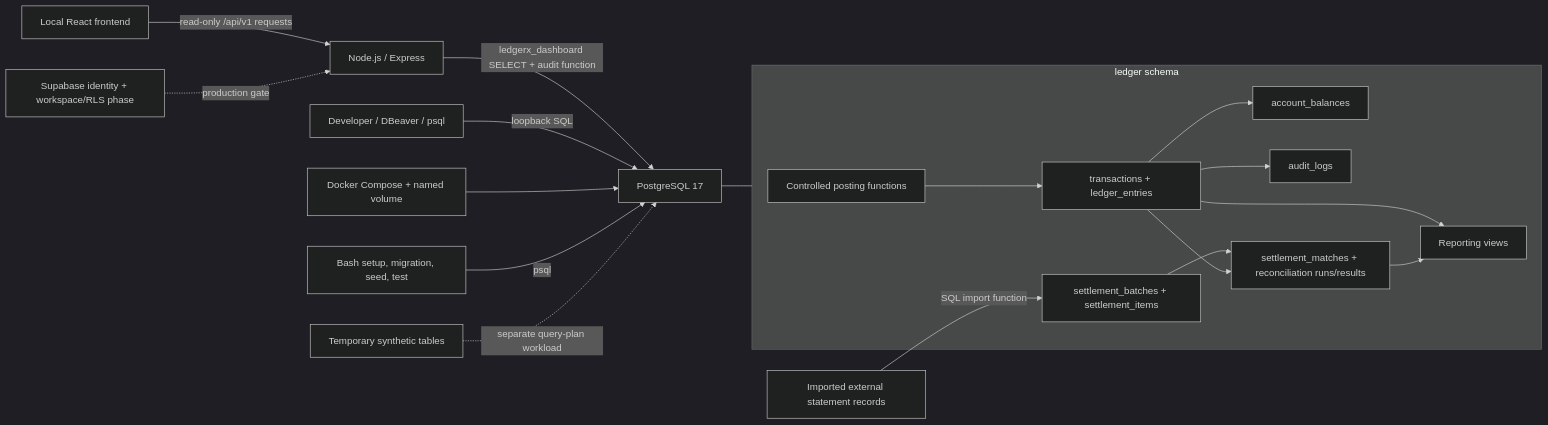
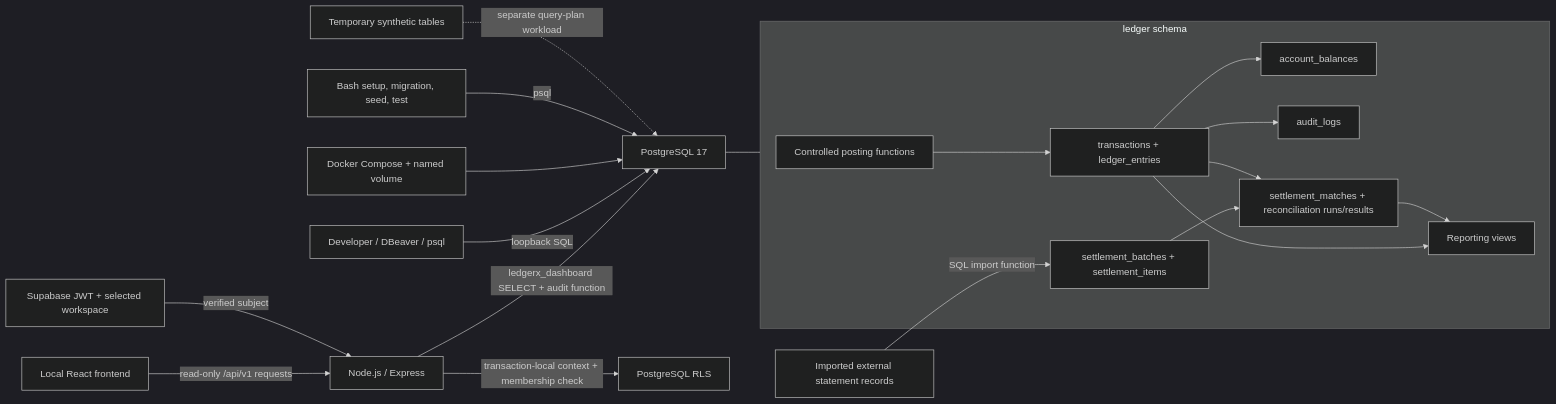
Before and after one commit to TheLucifer-07/LEDGERX: the diagram in docs/system-architecture.md, drawn with Mermaid (dark theme). The commit also changed other lines of this file and 78 other files, not shown here.

````diff
--- a/docs/system-architecture.md
+++ b/docs/system-architecture.md
@@ -5,29 +5,30 @@
 ```mermaid
 flowchart LR
     Browser[Local React frontend] -->|read-only /api/v1 requests| API[Node.js / Express]
     API -->|ledgerx_dashboard SELECT + audit function| DB[PostgreSQL 17]
     Operator[Developer / DBeaver / psql] -->|loopback SQL| DB
     Compose[Docker Compose + named volume] --> DB
     Scripts[Bash setup, migration, seed, test] -->|psql| DB
 
     subgraph LedgerSchema[ledger schema]
         Operations[Controlled posting functions]
         Journal[transactions + ledger_entries]
         Projection[account_balances]
         Audit[audit_logs]
         Statement[settlement_batches + settlement_items]
         Results[settlement_matches + reconciliation runs/results]
         Views[Reporting views]
         Operations --> Journal
         Journal --> Projection
         Journal --> Audit
         Statement --> Results
         Journal --> Results
         Journal --> Views
         Results --> Views
     end
     DB --- LedgerSchema
     External[Imported external statement records] -->|SQL import function| Statement
     Benchmark[Temporary synthetic tables] -. separate query-plan workload .-> DB
-    Auth[Supabase identity + workspace/RLS phase] -. production gate .-> API
+    Auth[Supabase JWT + selected workspace] -->|verified subject| API
+    API -->|transaction-local context + membership check| RLS[PostgreSQL RLS]
 ```
````
